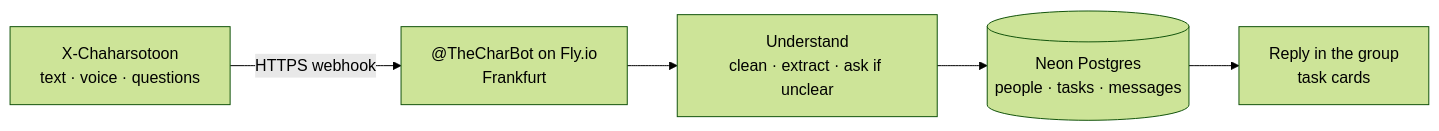
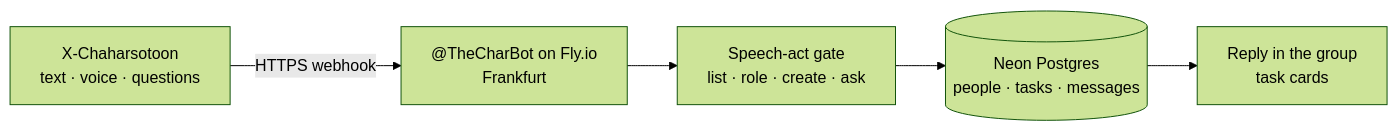
Before and after one commit to kvmmn/charbot: the diagram in README.md, drawn with Mermaid (forest theme). The commit also changed other lines of this file and 19 other files, not shown here.

First line of the commit message:
Gate questions so they list work instead of creating junk tasks.

````diff
--- a/README.md
+++ b/README.md
@@ -26,7 +26,7 @@
 ```mermaid
 flowchart LR
   A[X-Chaharsotoon<br/>text · voice · questions] -->|HTTPS webhook| B["@TheCharBot on Fly.io<br/>Frankfurt"]
-  B --> C[Understand<br/>clean · extract · ask if unclear]
+  B --> C[Speech-act gate<br/>list · role · create · ask]
   C --> D[(Neon Postgres<br/>people · tasks · messages)]
   D --> E[Reply in the group<br/>task cards]
 ```
````
